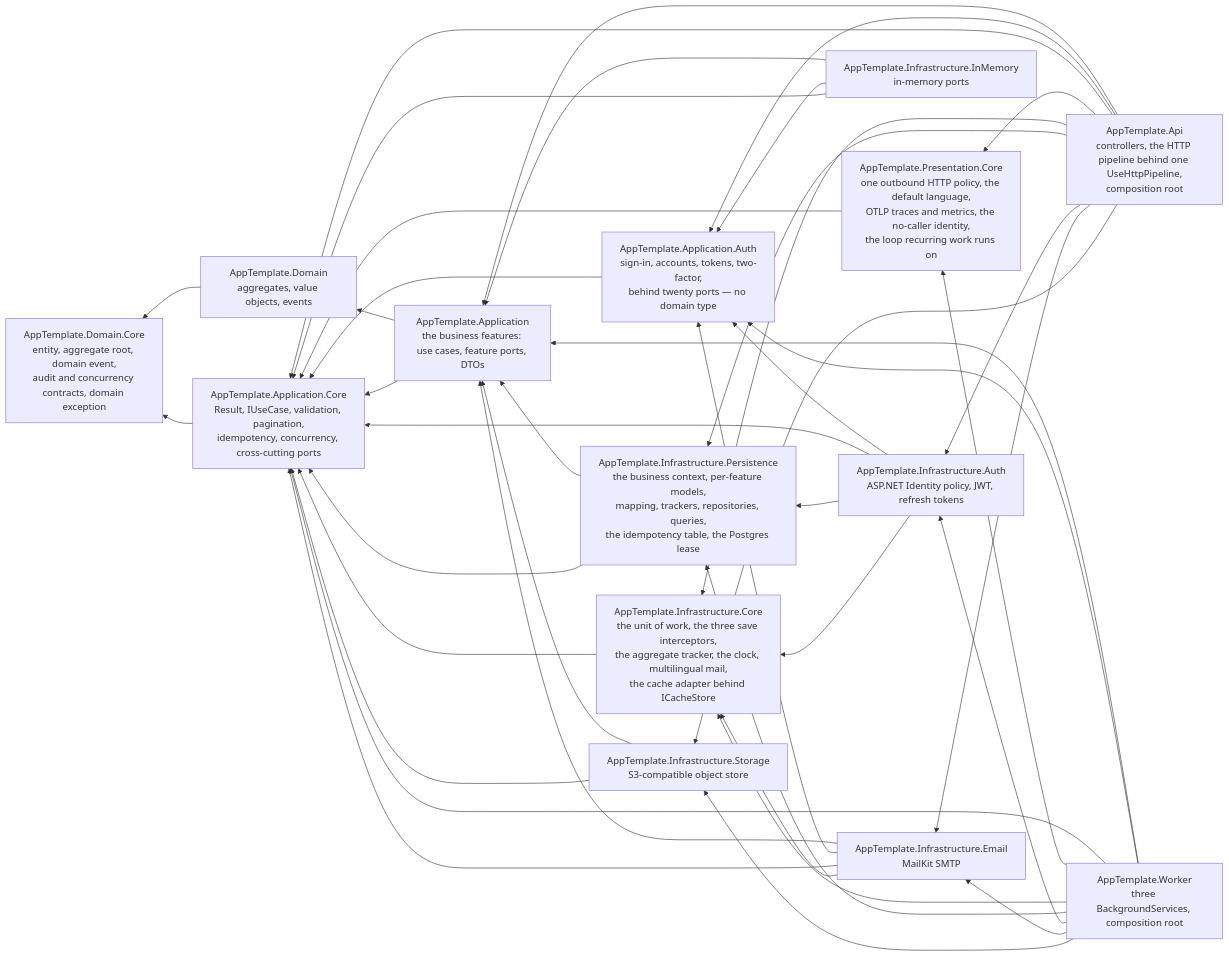
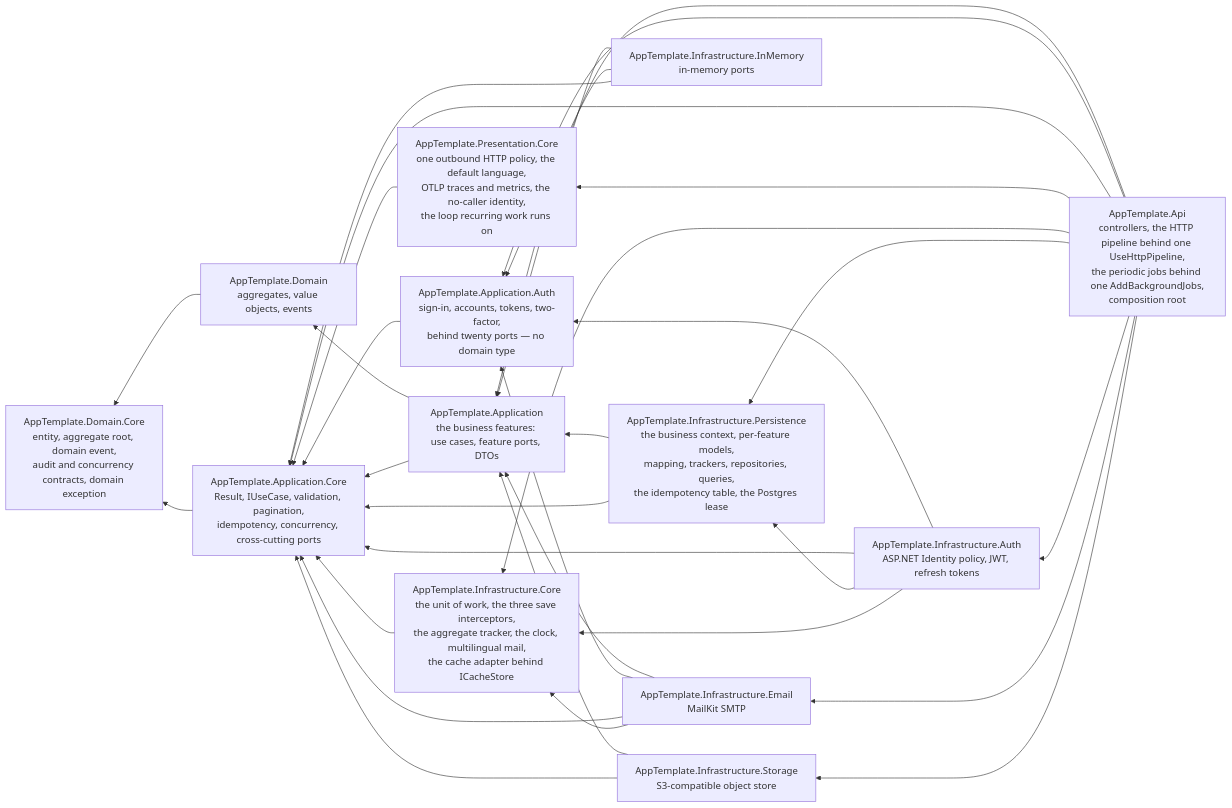
One commit to Pierre-MarieMarchio/Template-DotNet_Clean_Architecture changed the diagram in docs/ARCHITECTURE.md. Above: the diagram before and after it, drawn with Mermaid. The commit also changed other lines of this file and 136 other files, not shown here.

````diff
--- a/docs/ARCHITECTURE.md
+++ b/docs/ARCHITECTURE.md
@@ -51,58 +51,48 @@
 ```mermaid
 graph RL
-    Api[AppTemplate.Api<br/>controllers, the HTTP pipeline behind one UseHttpPipeline,<br/>composition root]
-    Worker[AppTemplate.Worker<br/>three BackgroundServices, composition root]
+    Api[AppTemplate.Api<br/>controllers, the HTTP pipeline behind one UseHttpPipeline,<br/>the periodic jobs behind one AddBackgroundJobs,<br/>composition root]
     PresCore[AppTemplate.Presentation.Core<br/>one outbound HTTP policy, the default language,<br/>OTLP traces and metrics, the no-caller identity,<br/>the loop recurring work runs on]
     Ident[AppTemplate.Infrastructure.Auth<br/>ASP.NET Identity policy, JWT, refresh tokens]
     Mail[AppTemplate.Infrastructure.Email<br/>MailKit SMTP]
     Store[AppTemplate.Infrastructure.Storage<br/>S3-compatible object store]
     Mem[AppTemplate.Infrastructure.InMemory<br/>in-memory ports]
     Pers[AppTemplate.Infrastructure.Persistence<br/>the business context, per-feature models,<br/>mapping, trackers, repositories, queries,<br/>the idempotency table, the Postgres lease]
     InfraCore[AppTemplate.Infrastructure.Core<br/>the unit of work, the three save interceptors,<br/>the aggregate tracker, the clock, multilingual mail,<br/>the cache adapter behind ICacheStore]
     App[AppTemplate.Application<br/>the business features: use cases, feature ports, DTOs]
     Auth[AppTemplate.Application.Auth<br/>sign-in, accounts, tokens, two-factor,<br/>behind twenty ports — no domain type]
     AppCore[AppTemplate.Application.Core<br/>Result, IUseCase, validation, pagination,<br/>idempotency, concurrency, cross-cutting ports]
     Dom[AppTemplate.Domain<br/>aggregates, value objects, events]
     DomCore[AppTemplate.Domain.Core<br/>entity, aggregate root, domain event,<br/>audit and concurrency contracts, domain exception]
 
     Dom --> DomCore
     AppCore --> DomCore
     App --> Dom
     App --> AppCore
     Auth --> AppCore
     PresCore --> AppCore
     InfraCore --> AppCore
     Pers --> App
     Pers --> AppCore
     Ident --> Auth
     Ident --> AppCore
     Ident --> Pers
     Ident --> InfraCore
     Mail --> App
     Mail --> Auth
     Mail --> AppCore
     Mail --> InfraCore
     Store --> App
     Store --> AppCore
     Mem --> App
     Mem --> Auth
     Mem --> AppCore
     Api --> App
     Api --> Auth
     Api --> AppCore
     Api --> PresCore
     Api --> InfraCore
     Api --> Pers
     Api --> Ident
     Api --> Mail
     Api --> Store
-    Worker --> App
-    Worker --> Auth
-    Worker --> AppCore
-    Worker --> PresCore
-    Worker --> InfraCore
-    Worker --> Pers
-    Worker --> Ident
-    Worker --> Mail
-    Worker --> Store
 ```
````
